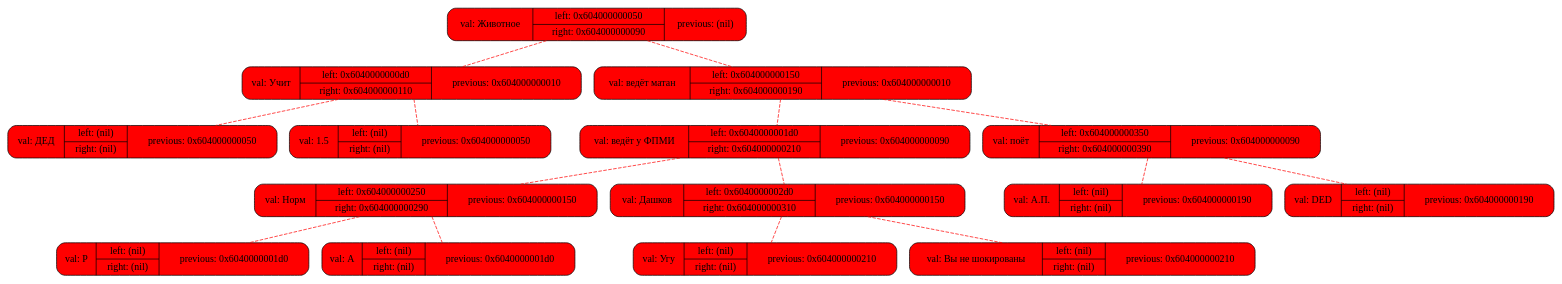
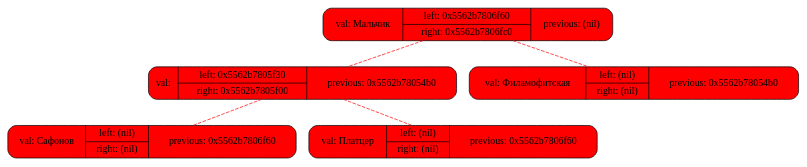
Before and after one commit to ThreadJava800/Akinator: the diagram in temp.dot, drawn with Graphviz. The commit also changed 6 other files, not shown here.

```diff
--- a/temp.dot
+++ b/temp.dot
@@ -1,18 +1,8 @@
 digraph tree {
 	rankdir=HR;
-	label0x604000000010[shape=record, style="rounded, filled", fillcolor=red, label="{ {val: Животное | {left: 0x604000000050 | right: 0x604000000090} | previous: (nil) }}"];
-	label0x604000000050[shape=record, style="rounded, filled", fillcolor=red, label="{ {val: Учит | {left: 0x6040000000d0 | right: 0x604000000110} | previous: 0x604000000010 }}"];
-	label0x604000000010->label0x604000000050 [color="red", style="dashed",arrowhead="none"]	label0x6040000000d0[shape=record, style="rounded, filled", fillcolor=red, label="{ {val: ДЕД | {left: (nil) | right: (nil)} | previous: 0x604000000050 }}"];
-	label0x604000000050->label0x6040000000d0 [color="red", style="dashed",arrowhead="none"]	label0x604000000110[shape=record, style="rounded, filled", fillcolor=red, label="{ {val: 1.5 | {left: (nil) | right: (nil)} | previous: 0x604000000050 }}"];
-	label0x604000000050->label0x604000000110 [color="red", style="dashed",arrowhead="none"]	label0x604000000090[shape=record, style="rounded, filled", fillcolor=red, label="{ {val: ведёт матан | {left: 0x604000000150 | right: 0x604000000190} | previous: 0x604000000010 }}"];
-	label0x604000000010->label0x604000000090 [color="red", style="dashed",arrowhead="none"]	label0x604000000150[shape=record, style="rounded, filled", fillcolor=red, label="{ {val: ведёт у ФПМИ | {left: 0x6040000001d0 | right: 0x604000000210} | previous: 0x604000000090 }}"];
-	label0x604000000090->label0x604000000150 [color="red", style="dashed",arrowhead="none"]	label0x6040000001d0[shape=record, style="rounded, filled", fillcolor=red, label="{ {val: Норм | {left: 0x604000000250 | right: 0x604000000290} | previous: 0x604000000150 }}"];
-	label0x604000000150->label0x6040000001d0 [color="red", style="dashed",arrowhead="none"]	label0x604000000250[shape=record, style="rounded, filled", fillcolor=red, label="{ {val: Р | {left: (nil) | right: (nil)} | previous: 0x6040000001d0 }}"];
-	label0x6040000001d0->label0x604000000250 [color="red", style="dashed",arrowhead="none"]	label0x604000000290[shape=record, style="rounded, filled", fillcolor=red, label="{ {val: А | {left: (nil) | right: (nil)} | previous: 0x6040000001d0 }}"];
-	label0x6040000001d0->label0x604000000290 [color="red", style="dashed",arrowhead="none"]	label0x604000000210[shape=record, style="rounded, filled", fillcolor=red, label="{ {val: Дашков | {left: 0x6040000002d0 | right: 0x604000000310} | previous: 0x604000000150 }}"];
-	label0x604000000150->label0x604000000210 [color="red", style="dashed",arrowhead="none"]	label0x6040000002d0[shape=record, style="rounded, filled", fillcolor=red, label="{ {val: Угу | {left: (nil) | right: (nil)} | previous: 0x604000000210 }}"];
-	label0x604000000210->label0x6040000002d0 [color="red", style="dashed",arrowhead="none"]	label0x604000000310[shape=record, style="rounded, filled", fillcolor=red, label="{ {val: Вы не шокированы | {left: (nil) | right: (nil)} | previous: 0x604000000210 }}"];
-	label0x604000000210->label0x604000000310 [color="red", style="dashed",arrowhead="none"]	label0x604000000190[shape=record, style="rounded, filled", fillcolor=red, label="{ {val: поёт | {left: 0x604000000350 | right: 0x604000000390} | previous: 0x604000000090 }}"];
-	label0x604000000090->label0x604000000190 [color="red", style="dashed",arrowhead="none"]	label0x604000000350[shape=record, style="rounded, filled", fillcolor=red, label="{ {val: А.П. | {left: (nil) | right: (nil)} | previous: 0x604000000190 }}"];
-	label0x604000000190->label0x604000000350 [color="red", style="dashed",arrowhead="none"]	label0x604000000390[shape=record, style="rounded, filled", fillcolor=red, label="{ {val: DED | {left: (nil) | right: (nil)} | previous: 0x604000000190 }}"];
-	label0x604000000190->label0x604000000390 [color="red", style="dashed",arrowhead="none"]}
+	label0x5562b78054b0[shape=record, style="rounded, filled", fillcolor=red, label="{ {val: Мальчик | {left: 0x5562b7806f60 | right: 0x5562b7806fc0} | previous: (nil) }}"];
+	label0x5562b7806f60[shape=record, style="rounded, filled", fillcolor=red, label="{ {val:  | {left: 0x5562b7805f30 | right: 0x5562b7805f00} | previous: 0x5562b78054b0 }}"];
+	label0x5562b78054b0->label0x5562b7806f60 [color="red", style="dashed",arrowhead="none"]	label0x5562b7805f30[shape=record, style="rounded, filled", fillcolor=red, label="{ {val: Сафонов | {left: (nil) | right: (nil)} | previous: 0x5562b7806f60 }}"];
+	label0x5562b7806f60->label0x5562b7805f30 [color="red", style="dashed",arrowhead="none"]	label0x5562b7805f00[shape=record, style="rounded, filled", fillcolor=red, label="{ {val: Платцер | {left: (nil) | right: (nil)} | previous: 0x5562b7806f60 }}"];
+	label0x5562b7806f60->label0x5562b7805f00 [color="red", style="dashed",arrowhead="none"]	label0x5562b7806fc0[shape=record, style="rounded, filled", fillcolor=red, label="{ {val: Филамофитская | {left: (nil) | right: (nil)} | previous: 0x5562b78054b0 }}"];
+	label0x5562b78054b0->label0x5562b7806fc0 [color="red", style="dashed",arrowhead="none"]}
```
